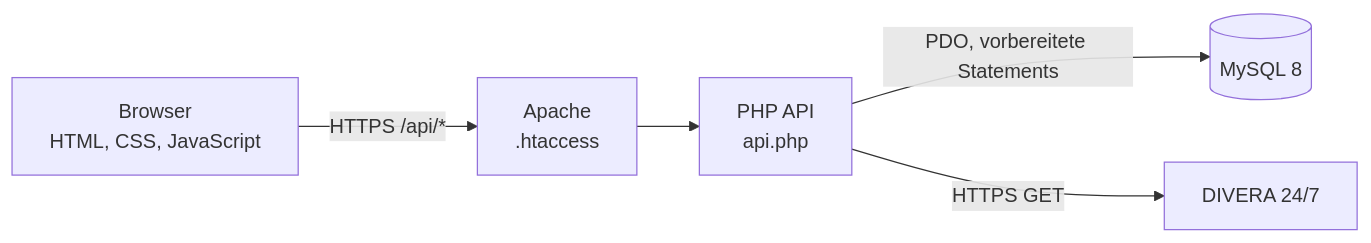
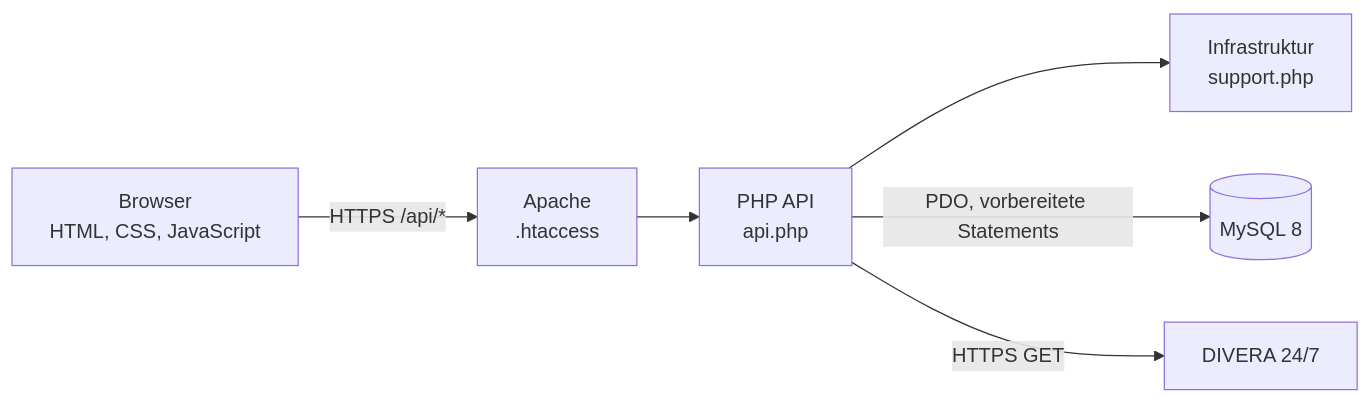
The diagram in docs/ARCHITEKTUR.md (heoelri/ebmanager), drawn with Mermaid before and after one commit. The commit also changed other lines of this file and 14 other files, not shown here.

First line of the commit message:
Add support.php for reusable functions and enhance API architecture

````diff
--- a/docs/ARCHITEKTUR.md
+++ b/docs/ARCHITEKTUR.md
@@ -12,13 +12,15 @@
 ```mermaid
 flowchart LR
     Browser[Browser<br>HTML, CSS, JavaScript]
     Apache[Apache<br>.htaccess]
     API[PHP API<br>api.php]
+    Support[Infrastruktur<br>support.php]
     DB[(MySQL 8)]
     Divera[DIVERA 24/7]
 
     Browser -->|HTTPS /api/*| Apache
     Apache --> API
+    API --> Support
     API -->|PDO, vorbereitete Statements| DB
     API -->|HTTPS GET| Divera
 ```
````
